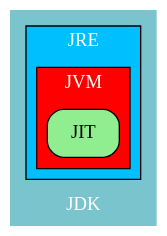
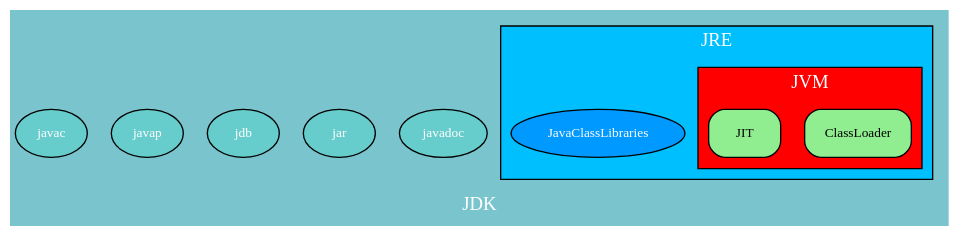
One commit to Broscorp-net/traineeship changed the diagram in module1/src/main/java/net/broscorp/patform/java_architecture.gv. Above: the diagram before and after it, drawn with Graphviz.

Commit message:
Create graf with links JDK, JRE, JVM & JIT on DOT language Add description

```diff
--- a/module1/src/main/java/net/broscorp/patform/java_architecture.gv
+++ b/module1/src/main/java/net/broscorp/patform/java_architecture.gv
@@ -1,19 +1,47 @@
-digraph G {
+graph G {
   bgcolor="cadetblue3"
   label="JDK"
   fontcolor="white"
+  node [fontcolor="white" fontsize="10" fillcolor="#66cccc" style="filled"]
+  javac
+  javap
+  jdb
+  jar
+  javadoc
     subgraph clusterJRE {
       fillcolor="deepskyblue"
       label="JRE"
       fontcolor="white"
       style="filled"
+      node [fontcolor="white" fontsize="10" fillcolor="#0099ff" style="filled"]
+      JavaClassLibraries
          subgraph clusterJVM {
             fillcolor="red"
             label="JVM"
             fontcolor="white"
             style="filled"
-		        node [shape=Mrecord fillcolor="lightgreen" style="filled" gradientangle=90]
+		        node [fontcolor="black" shape=Mrecord fillcolor="lightgreen" style="filled"]
+            ClassLoader
 		        JIT;
-		     }
-	  }
+	      }
+    }
 }
+
+/*
+JDK - пакет инструментов для разработки программного обеспечения на JAVA. Он включает в себя
+среду выполнения JRE, компилятор javac, дизассемблер javap, отладчик jdb, архиватор jar, генератор
+документации javadoc, библиотеки и др.
+
+JRE - среда выполнения, это набор необходимыж программ и библиотек для запуска и выполнения Java
+программ, скомпилированных в байт-код компилятором javac. Среда включает в себя виртуальную машину
+JVM и набор библиотек
+
+JVM - виртуальная машина Java. Это ключевой элемент всей системы Java. Она выполняет код,
+написанный программистами и скомпилированный в байт-код, и обеспечивает платформенную независимость
+выполнения программ. Она включает в себя компилятор в машинные коды JIT и загрузчик классов.
+
+JIT - Just inTime компилятор и предназначен для увеличения производительности JVM, он может
+компилировать "на лету" байт-код в машинные коды, это происходит например тогда, когда программа
+генерирует новый код во время своего выполнения, либо для компиляции наиболее часто выполняющихся
+участков кода (hot spot)
+*/
```
